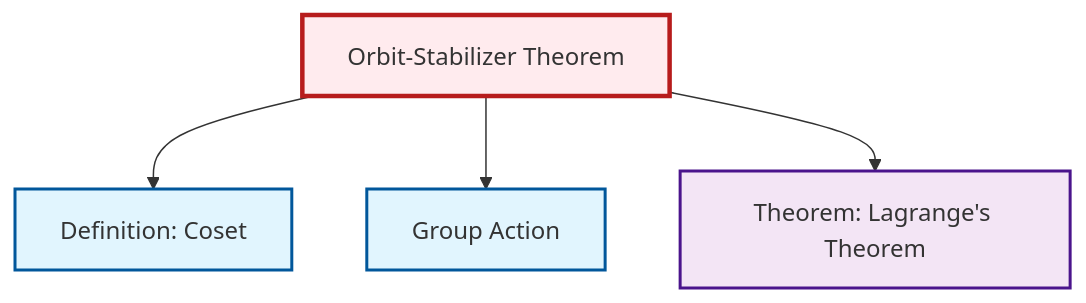
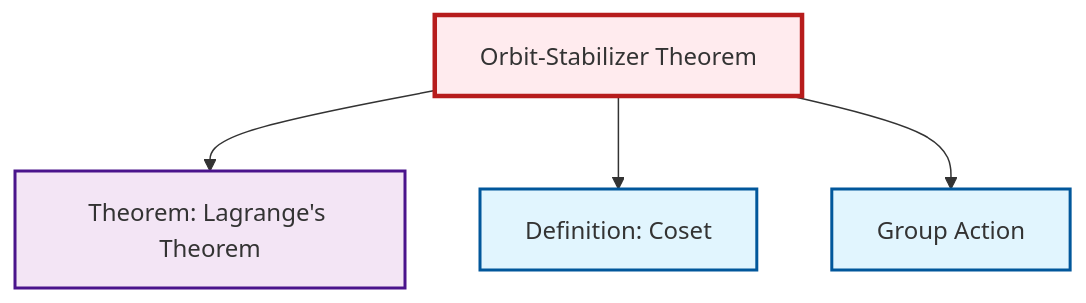
One commit to RK0429/ModernMath changed the diagram in content/en/algebra/thm-orbit-stabilizer.qmd. Above: the diagram before and after it, drawn with Mermaid. The commit also changed other lines of this file and 654 other files, not shown here.

````diff
--- a/content/en/algebra/thm-orbit-stabilizer.qmd
+++ b/content/en/algebra/thm-orbit-stabilizer.qmd
@@ -63,20 +63,20 @@
 ```{mermaid}
 %%| fig-cap: "Local dependency graph"
 graph TD
     classDef definition fill:#e1f5fe,stroke:#01579b,stroke-width:2px
     classDef theorem fill:#f3e5f5,stroke:#4a148c,stroke-width:2px
     classDef axiom fill:#fff3e0,stroke:#e65100,stroke-width:2px
     classDef example fill:#e8f5e9,stroke:#1b5e20,stroke-width:2px
     classDef current fill:#ffebee,stroke:#b71c1c,stroke-width:3px
     def-coset["Definition: Coset"]:::definition
     thm-orbit-stabilizer["Orbit-Stabilizer Theorem"]:::theorem
+    thm-lagrange["Theorem: Lagrange's Theorem"]:::theorem
     def-group-action["Group Action"]:::definition
-    thm-lagrange["Theorem: Lagrange's Theorem"]:::theorem
+    thm-orbit-stabilizer --> thm-lagrange
     thm-orbit-stabilizer --> def-coset
     thm-orbit-stabilizer --> def-group-action
-    thm-orbit-stabilizer --> thm-lagrange
     class thm-orbit-stabilizer current
     click def-coset "def-coset.html" "Go to Coset definition"
+    click thm-lagrange "thm-lagrange.html" "Go to Lagrange's Theorem theorem"
     click def-group-action "def-group-action.html" "Go to Group Action"
-    click thm-lagrange "thm-lagrange.html" "Go to Lagrange's Theorem theorem"
 ```
````
